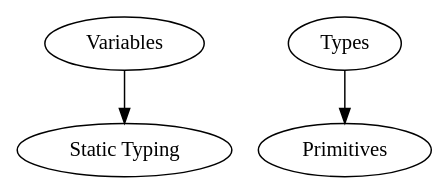
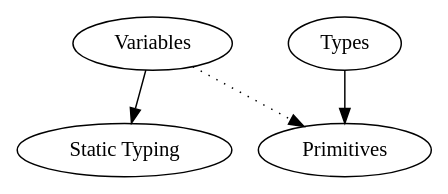
One commit to cmobrien/superurop changed the diagram in test.dot. Above: the diagram before and after it, drawn with Graphviz. The commit also changed 8 other files, not shown here.

```diff
--- a/test.dot
+++ b/test.dot
@@ -1,4 +1,5 @@
 digraph test {
 "Variables" -> "Static Typing"
+"Variables" -> "Primitives" [style = dotted] 
 "Types" -> "Primitives"
 }
```
